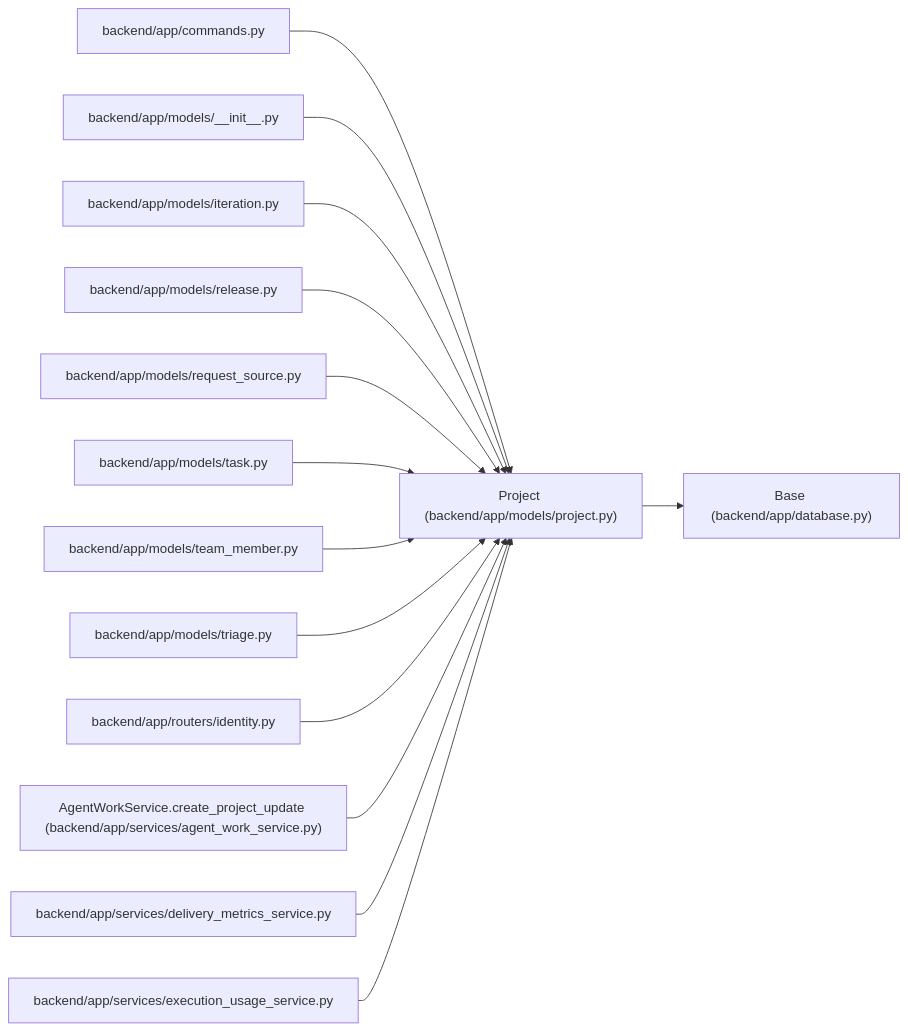
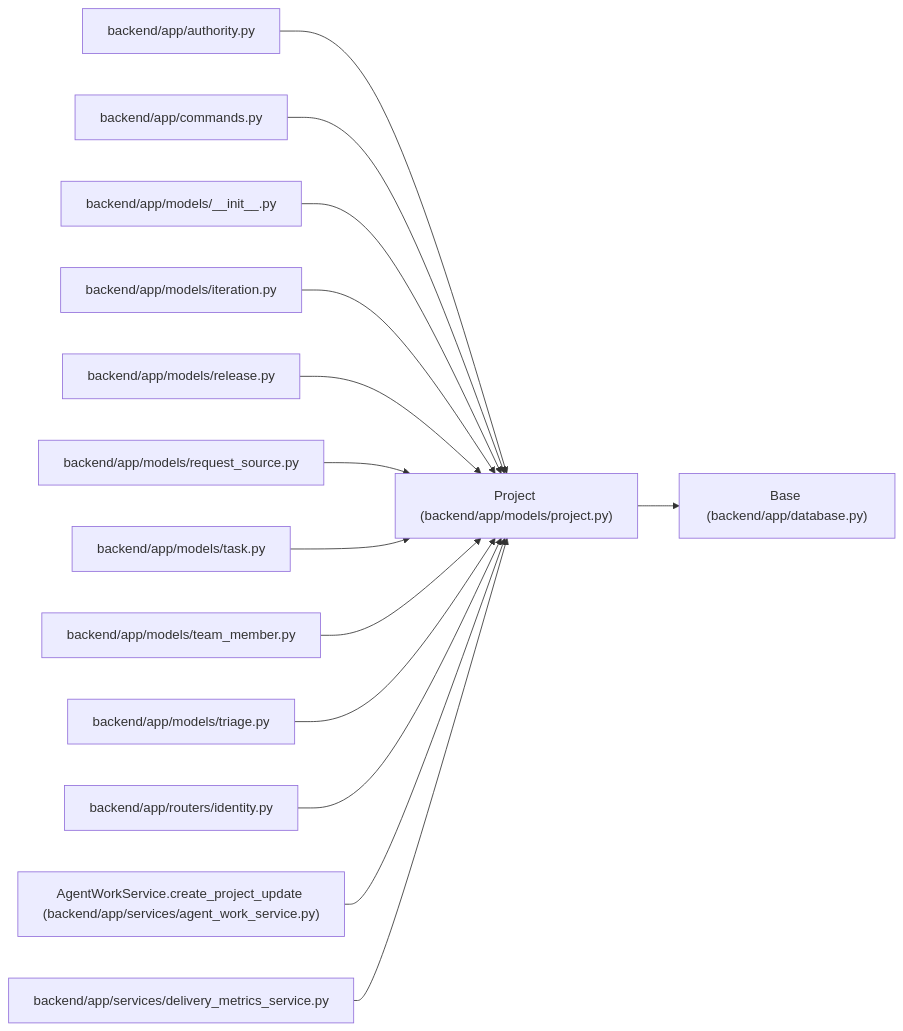
The diagram in docs/llm_wiki/entities/models_project_Project.md (Denissvgn/WorkChord), drawn with Mermaid before and after one commit. The commit also changed other lines of this file and 10148 other files, not shown here.

````diff
--- a/docs/llm_wiki/entities/models_project_Project.md
+++ b/docs/llm_wiki/entities/models_project_Project.md
@@ -48,44 +48,44 @@
 ```mermaid
 flowchart LR
     n0["Project (backend/app/models/project.py)"]
     n1["Base (backend/app/database.py)"]
-    n2["backend/app/commands.py"]
-    n3["backend/app/models/__init__.py"]
-    n4["backend/app/models/iteration.py"]
-    n5["backend/app/models/release.py"]
-    n6["backend/app/models/request_source.py"]
-    n7["backend/app/models/task.py"]
-    n8["backend/app/models/team_member.py"]
-    n9["backend/app/models/triage.py"]
-    n10["backend/app/routers/identity.py"]
-    n11["AgentWorkService.create_project_update (backend/app/services/agent_work_service.py)"]
-    n12["backend/app/services/delivery_metrics_service.py"]
-    n13["backend/app/services/execution_usage_service.py"]
+    n2["backend/app/authority.py"]
+    n3["backend/app/commands.py"]
+    n4["backend/app/models/__init__.py"]
+    n5["backend/app/models/iteration.py"]
+    n6["backend/app/models/release.py"]
+    n7["backend/app/models/request_source.py"]
+    n8["backend/app/models/task.py"]
+    n9["backend/app/models/team_member.py"]
+    n10["backend/app/models/triage.py"]
+    n11["backend/app/routers/identity.py"]
+    n12["AgentWorkService.create_project_update (backend/app/services/agent_work_service.py)"]
+    n13["backend/app/services/delivery_metrics_service.py"]
     n0 --> n1
     n2 --> n0
     n3 --> n0
     n4 --> n0
     n5 --> n0
     n6 --> n0
     n7 --> n0
     n8 --> n0
     n9 --> n0
     n10 --> n0
     n11 --> n0
     n12 --> n0
     n13 --> n0
     click n0 "../modules/models_project.md"
     click n1 "../modules/app_database.md"
-    click n2 "../modules/commands.md"
-    click n3 "../modules/models___init__.md"
-    click n4 "../modules/models_iteration.md"
-    click n5 "../modules/models_release.md"
-    click n6 "../modules/models_request_source.md"
-    click n7 "../modules/models_task.md"
-    click n8 "../modules/team_member.md"
-    click n9 "../modules/models_triage.md"
-    click n10 "../modules/routers_identity.md"
-    click n11 "../modules/agent_work_service.md"
-    click n12 "../modules/delivery_metrics_service.md"
-    click n13 "../modules/execution_usage_service.md"
+    click n2 "../modules/authority.md"
+    click n3 "../modules/commands.md"
+    click n4 "../modules/models___init__.md"
+    click n5 "../modules/models_iteration.md"
+    click n6 "../modules/models_release.md"
+    click n7 "../modules/models_request_source.md"
+    click n8 "../modules/models_task.md"
+    click n9 "../modules/team_member.md"
+    click n10 "../modules/models_triage.md"
+    click n11 "../modules/routers_identity.md"
+    click n12 "../modules/agent_work_service.md"
+    click n13 "../modules/delivery_metrics_service.md"
 ```
````
